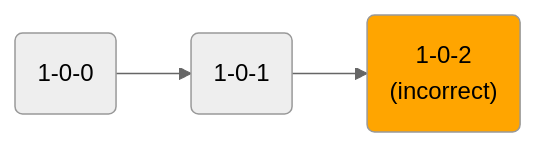
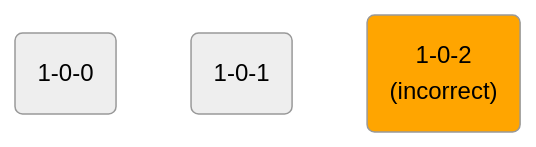
Before and after one commit to snowplow/documentation: the third of 11 diagrams in docs/understanding-tracking-design/versioning-your-data-structures/amending/index.md, drawn with Mermaid (neutral theme). The commit also changed other lines of this file, not shown here.

````diff
--- a/docs/understanding-tracking-design/versioning-your-data-structures/amending/index.md
+++ b/docs/understanding-tracking-design/versioning-your-data-structures/amending/index.md
@@ -73,5 +76,6 @@
 ```mermaid
-flowchart LR
+flowchart RL
   style v102 fill:orange
-  v100("1-0-0") --> v101("1-0-1") --> v102("1-0-2\n(incorrect)")
+  linkStyle default stroke:none,fill:none
+  v102("1-0-2\n(incorrect)") --- v101("1-0-1") --- v100("1-0-0")
 ```
````
